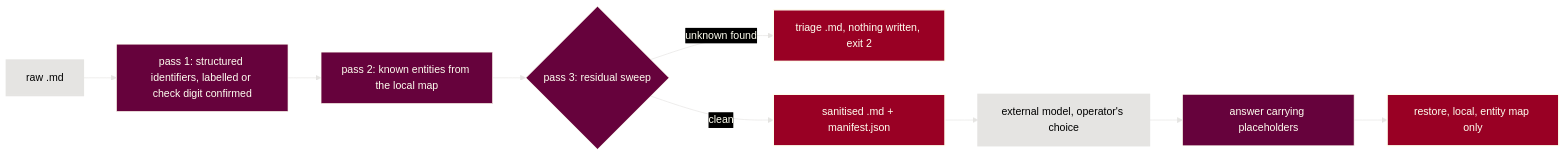
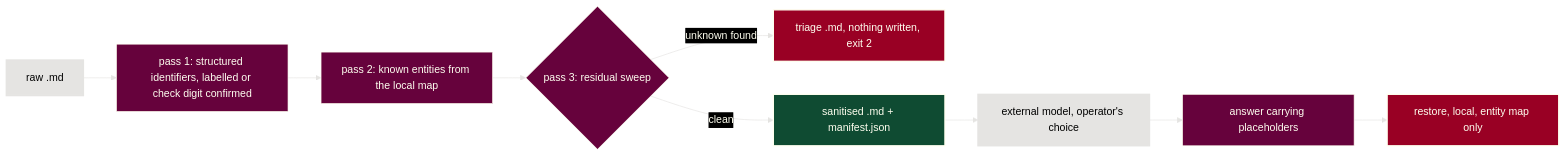
The diagram in packages/evatt/DATA-FLOW.md (ryanduguid/accounting-review-pipeline), drawn with Mermaid before and after one commit.

Commit message:
evatt: colour the clean output node Rhodesian green (#367)
## Summary

Colours the clean-sweep output node, "sanitised .md + manifest.json", in
the evatt data flow diagram Rhodesian green (#0F4B32). Green marks a
passed result across Ryan's GitHub badges and diagrams; the halt and
restore nodes stay crimson.

```diff
- style Out fill:#990024,stroke:#FFFFF0,stroke-width:2px,color:#FFFFF0
+ style Out fill:#0F4B32,stroke:#FFFFF0,stroke-width:2px,color:#FFFFF0
```

## Evidence

- The diagram rendered with Mermaid 11.4.1 in a local preview. Ivory
text on the green measures 10.04:1.

## Merge danger

**Door:** two-way. **Blast radius:** DATA-FLOW diagram

## Unverified

- GitHub's own rendering of the diagram, until the PR preview is
checked.
- The component's own checks were not run locally; this changes one
Mermaid style line in Markdown.

````diff
--- a/packages/evatt/DATA-FLOW.md
+++ b/packages/evatt/DATA-FLOW.md
@@ -20,17 +20,17 @@
 ```mermaid
 flowchart LR
 %%{init: {"theme": "base", "look": "classic", "themeVariables": {"background": "#000000", "primaryColor": "#66023C", "primaryTextColor": "#FFFFF0", "primaryBorderColor": "#FFFFF0", "lineColor": "#E5E4E2", "textColor": "#FFFFF0", "edgeLabelBackground": "#000000", "clusterBkg": "#000000", "clusterBorder": "#E5E4E2", "titleColor": "#E5E4E2"}}}%%
     Raw["raw .md"] --> Structured["pass 1: structured identifiers, labelled or check digit confirmed"]
     Structured --> Entities["pass 2: known entities from the local map"]
     Entities --> Residual{"pass 3: residual sweep"}
     Residual -->|unknown found| Halt["triage .md, nothing written, exit 2"]
     Residual -->|clean| Out["sanitised .md + manifest.json"]
     Out --> Model["external model, operator's choice"]
     Model --> Answer["answer carrying placeholders"]
     Answer --> Restore["restore, local, entity map only"]
     style Halt fill:#990024,stroke:#FFFFF0,stroke-width:2px,color:#FFFFF0
-    style Out fill:#990024,stroke:#FFFFF0,stroke-width:2px,color:#FFFFF0
+    style Out fill:#0F4B32,stroke:#FFFFF0,stroke-width:2px,color:#FFFFF0
     style Restore fill:#990024,stroke:#FFFFF0,stroke-width:2px,color:#FFFFF0
     classDef external fill:#E5E4E2,stroke:#E5E4E2,stroke-width:2px,color:#000000
     class Raw,Model external
 ```
````
